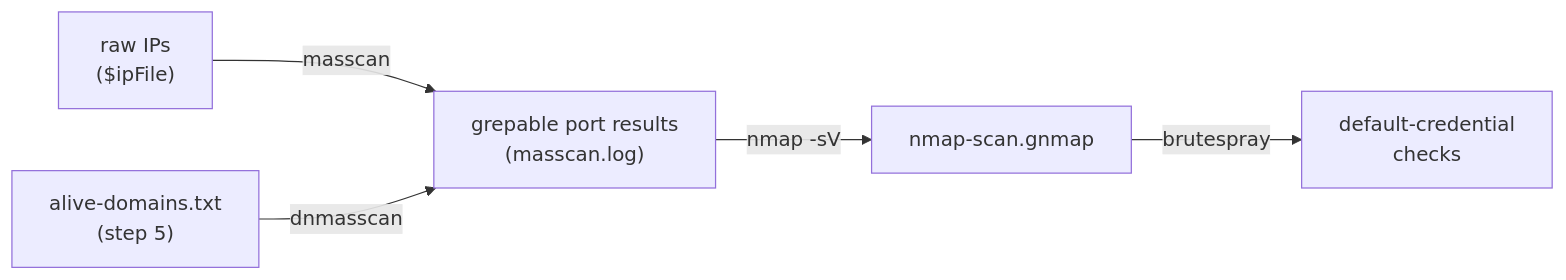
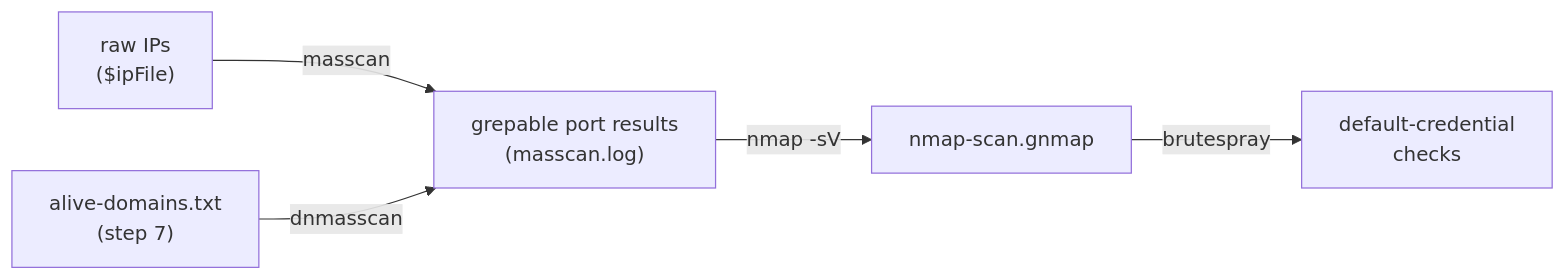
Before and after one commit to manojxshrestha/swarmrecon: the first of 2 diagrams in README.md, drawn with Mermaid. The commit also changed other lines of this file and 3 other files, not shown here.

````diff
--- a/README.md
+++ b/README.md
@@ -157,7 +159,7 @@
 ```mermaid
 flowchart LR
     A["raw IPs<br/>($ipFile)"] -->|"masscan"| O["grepable port results<br/>(masscan.log)"]
-    B["alive-domains.txt<br/>(step 5)"] -->|"dnmasscan"| O
+    B["alive-domains.txt<br/>(step 7)"] -->|"dnmasscan"| O
     O -->|"nmap -sV"| G["nmap-scan.gnmap"]
     G -->|"brutespray"| S["default-credential<br/>checks"]
 ```
````
